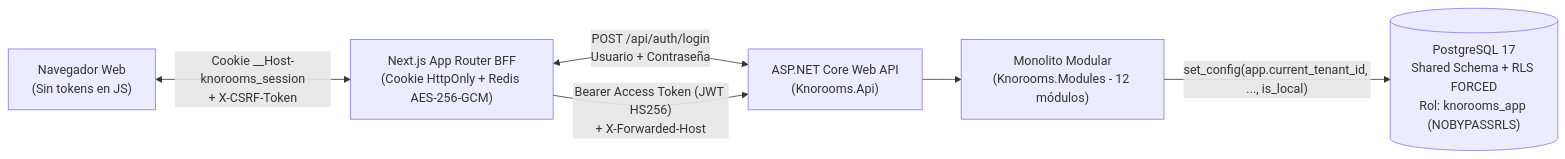
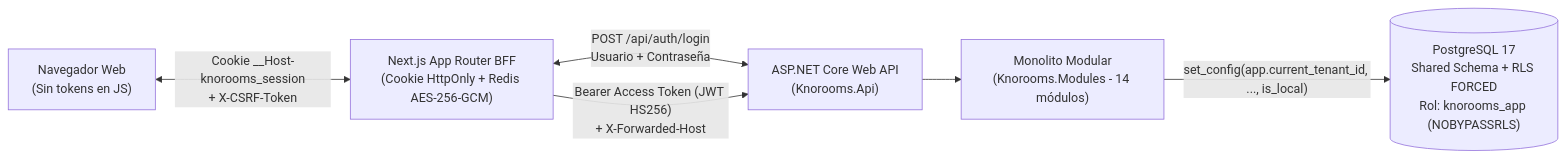
One commit to santicodevv/knorooms.com changed the diagram in docs/architecture/overview-and-modules.md. Above: the diagram before and after it, drawn with Mermaid. The commit also changed other lines of this file and 4 other files, not shown here.

````diff
--- a/docs/architecture/overview-and-modules.md
+++ b/docs/architecture/overview-and-modules.md
@@ -11,14 +11,14 @@
 ```mermaid
 flowchart LR
     Browser["Navegador Web\n(Sin tokens en JS)"]
     BFF["Next.js App Router BFF\n(Cookie HttpOnly + Redis AES-256-GCM)"]
     API["ASP.NET Core Web API\n(Knorooms.Api)"]
-    Modules["Monolito Modular\n(Knorooms.Modules - 12 módulos)"]
+    Modules["Monolito Modular\n(Knorooms.Modules - 14 módulos)"]
     PG[("PostgreSQL 17\nShared Schema + RLS FORCED\nRol: knorooms_app (NOBYPASSRLS)")]
 
     Browser <-->|"Cookie __Host-knorooms_session\n+ X-CSRF-Token"| BFF
     BFF <-->|"POST /api/auth/login\nUsuario + Contraseña"| API
     BFF -->|"Bearer Access Token (JWT HS256)\n+ X-Forwarded-Host"| API
     API --> Modules
     Modules -->|"set_config(app.current_tenant_id, ..., is_local)"| PG
 ```
````
